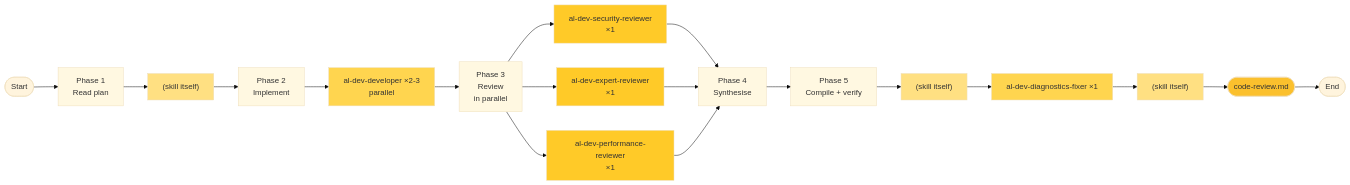
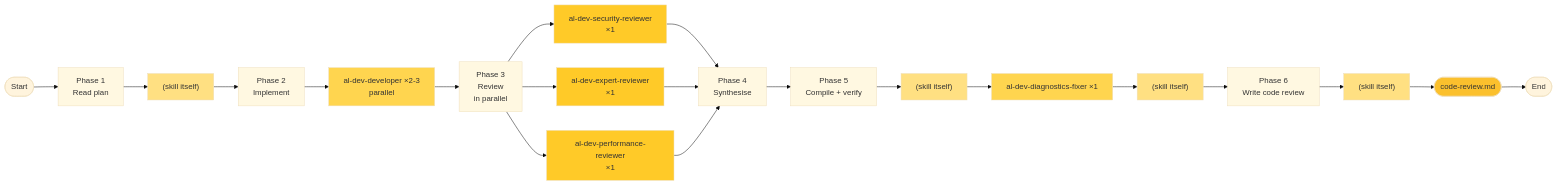
The seventh of 18 diagrams in docs/al-dev-plugin-map.md (russell-laing/al-dev-shared), drawn with Mermaid (base theme) before and after one commit. The commit also changed other lines of this file, not shown here.

````diff
--- a/docs/al-dev-plugin-map.md
+++ b/docs/al-dev-plugin-map.md
@@ -206,38 +206,42 @@
 ```mermaid
 flowchart LR
     Start([Start]) --> Phase1["Phase 1<br/>Read plan"]
     Phase1 --> SkillWork1["(skill itself)"]
     SkillWork1 --> Phase2["Phase 2<br/>Implement"]
     Phase2 --> DevAgent["al-dev-developer ×2-3<br/>parallel"]
     DevAgent --> Phase3["Phase 3<br/>Review<br/>in parallel"]
 
     Phase3 --> SecReview["al-dev-security-reviewer<br/>×1"]
     Phase3 --> ExpertReview["al-dev-expert-reviewer<br/>×1"]
     Phase3 --> PerfReview["al-dev-performance-reviewer<br/>×1"]
 
     SecReview --> Phase4["Phase 4<br/>Synthesise"]
     ExpertReview --> Phase4
     PerfReview --> Phase4
 
     Phase4 --> Phase5["Phase 5<br/>Compile + verify"]
     Phase5 --> SkillWork2["(skill itself)"]
     SkillWork2 --> CompileAgent["al-dev-diagnostics-fixer ×1"]
     CompileAgent --> SkillWork3["(skill itself)"]
-    SkillWork3 --> Output1(["code-review.md"])
+    SkillWork3 --> Phase6["Phase 6<br/>Write code review"]
+    Phase6 --> SkillWork4["(skill itself)"]
+    SkillWork4 --> Output1(["code-review.md"])
     Output1 --> End([End])
 
     style Phase1 fill:#fff8e1
     style Phase2 fill:#fff8e1
     style Phase3 fill:#fff8e1
     style Phase4 fill:#fff8e1
     style Phase5 fill:#fff8e1
+    style Phase6 fill:#fff8e1
     style SkillWork1 fill:#ffe082
     style SkillWork2 fill:#ffe082
     style SkillWork3 fill:#ffe082
+    style SkillWork4 fill:#ffe082
     style DevAgent fill:#ffd54f
     style CompileAgent fill:#ffd54f
     style SecReview fill:#ffca28
     style ExpertReview fill:#ffca28
     style PerfReview fill:#ffca28
     style Output1 fill:#fbc02d
 ```
````
